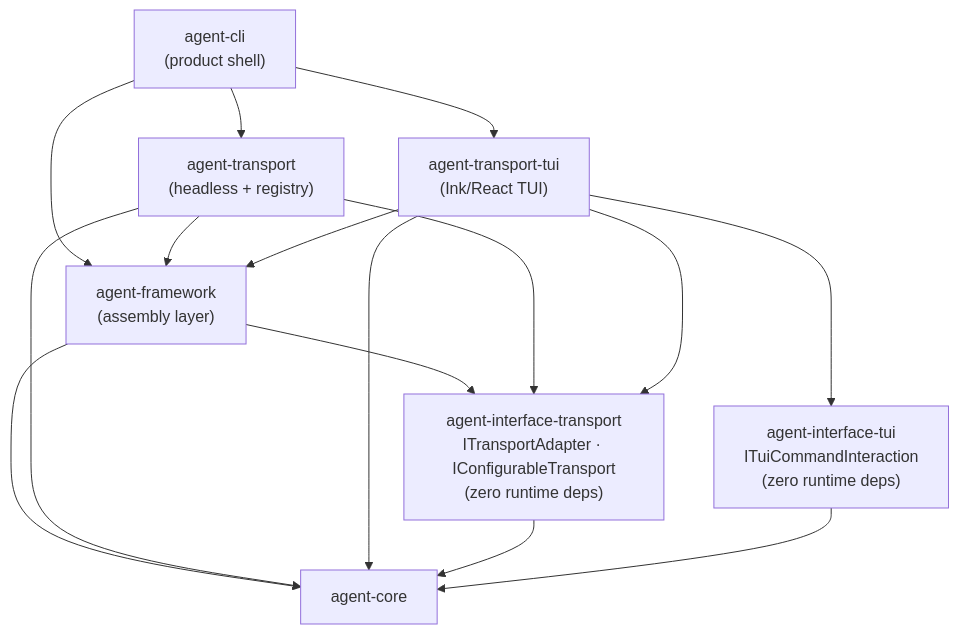
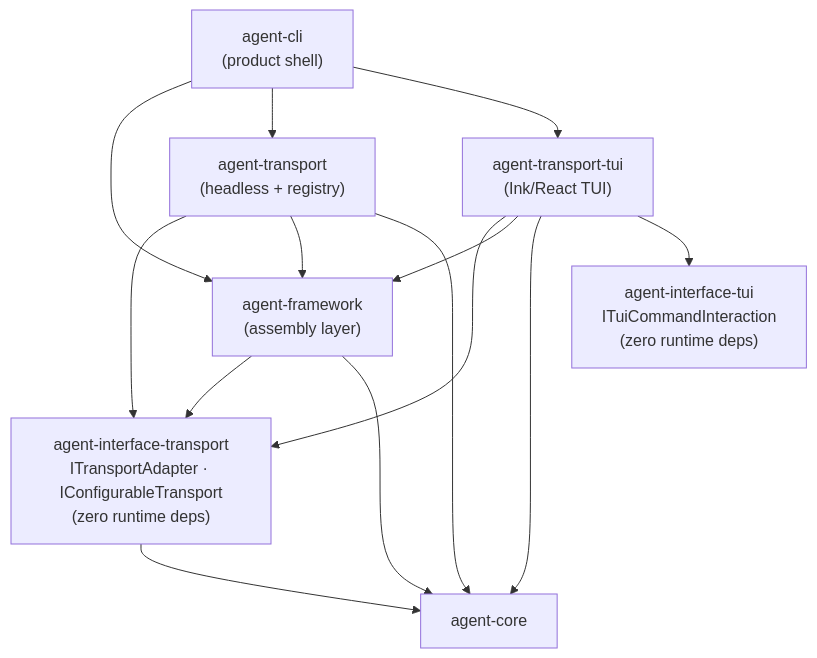
Before and after one commit to woojubb/robota: the diagram in .agents/specs/architecture-map/transport-architecture.md, drawn with Mermaid. The commit also changed other lines of this file and 13 other files, not shown here.

````diff
--- a/.agents/specs/architecture-map/transport-architecture.md
+++ b/.agents/specs/architecture-map/transport-architecture.md
@@ -33,25 +34,24 @@
 ```mermaid
 flowchart TD
   CLI["agent-cli\n(product shell)"]
   FW["agent-framework\n(assembly layer)"]
   Transport["agent-transport\n(headless + registry)"]
   TransportTui["agent-transport-tui\n(Ink/React TUI)"]
   IfaceTransport["agent-interface-transport\nITransportAdapter · IConfigurableTransport\n(zero runtime deps)"]
   IfaceTui["agent-interface-tui\nITuiCommandInteraction\n(zero runtime deps)"]
   Core["agent-core"]
 
   CLI --> FW
   CLI --> Transport
   CLI --> TransportTui
   FW --> IfaceTransport
   FW --> Core
   Transport --> IfaceTransport
   Transport --> FW
   Transport --> Core
   TransportTui --> IfaceTransport
   TransportTui --> FW
   TransportTui --> Core
   TransportTui --> IfaceTui
   IfaceTransport --> Core
-  IfaceTui --> Core
 ```
````
